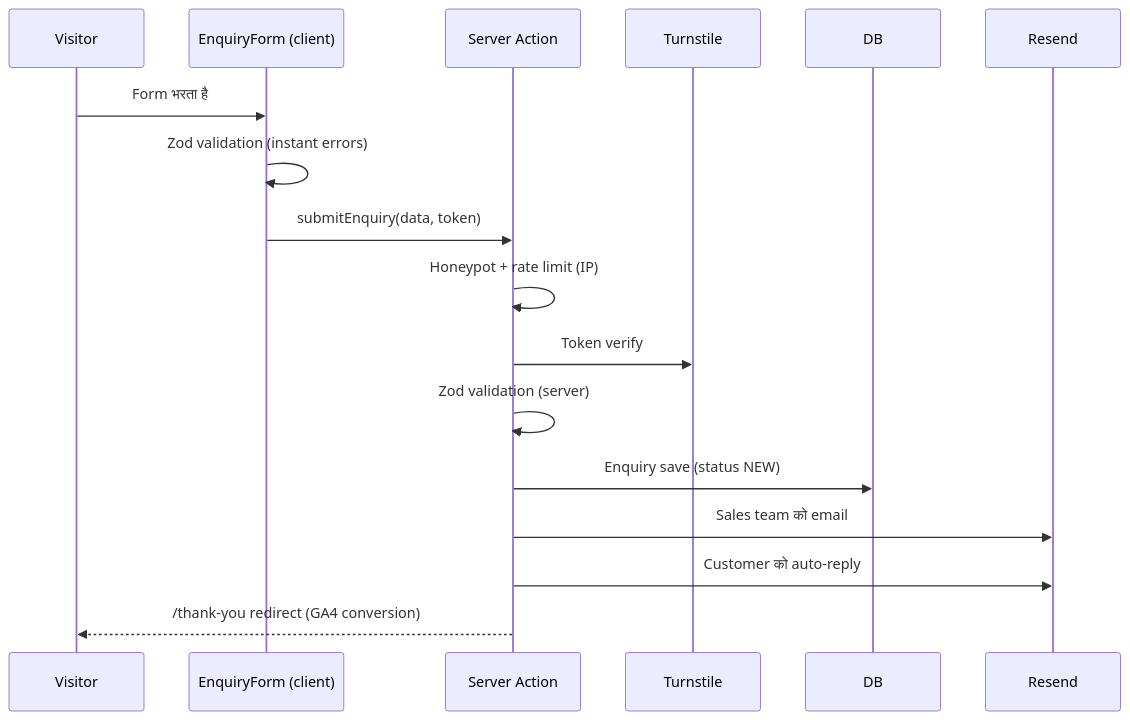
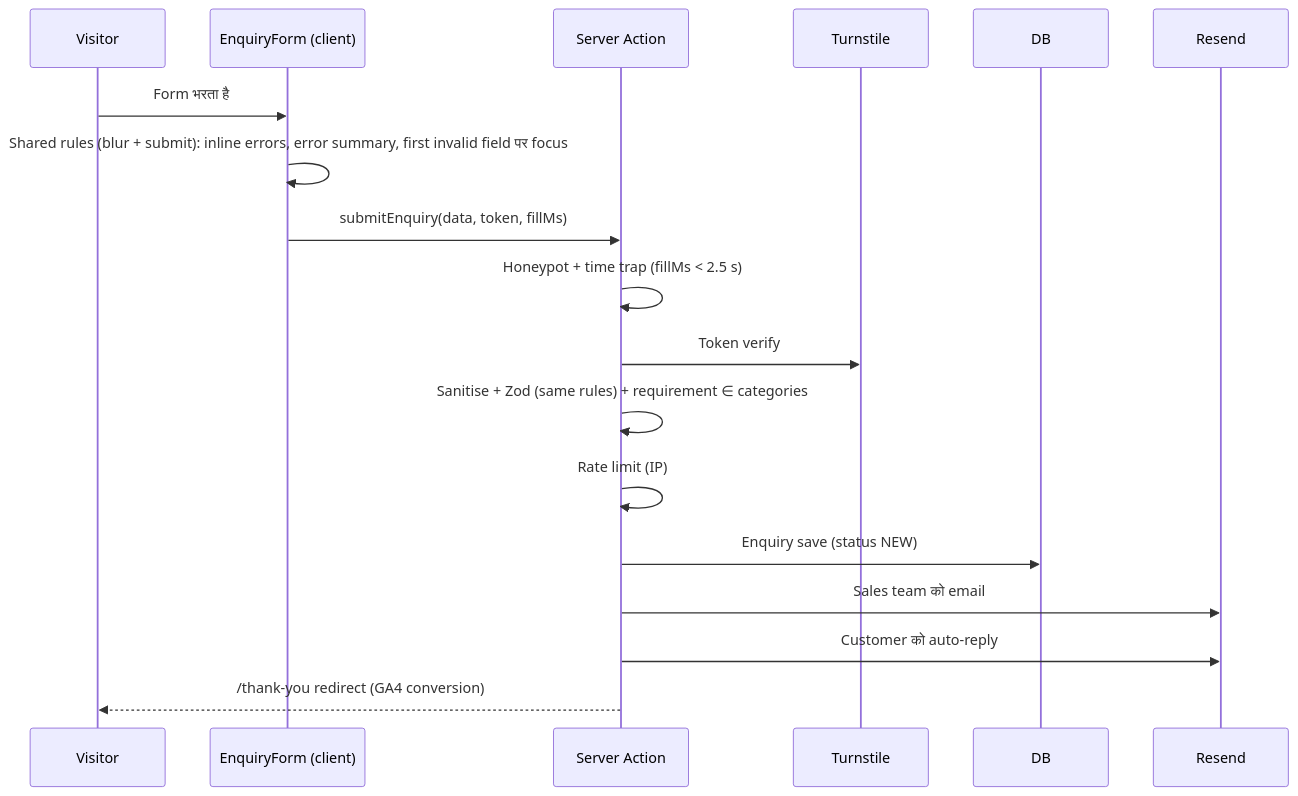
The second of 2 diagrams in docs/architecture.md (archana2807/insta-mark-web), drawn with Mermaid before and after one commit. The commit also changed other lines of this file and 37 other files, not shown here.

First line of the commit message:
Theme About-page UI, full home content brief, senior-level enquiry validation

````diff
--- a/docs/architecture.md
+++ b/docs/architecture.md
@@ -366,19 +366,20 @@
 ```mermaid
 sequenceDiagram
     participant U as Visitor
     participant F as EnquiryForm (client)
     participant S as Server Action
     participant T as Turnstile
     participant D as DB
     participant E as Resend
     U->>F: Form भरता है
-    F->>F: Zod validation (instant errors)
-    F->>S: submitEnquiry(data, token)
-    S->>S: Honeypot + rate limit (IP)
+    F->>F: Shared rules (blur + submit): inline errors, error summary, first invalid field पर focus
+    F->>S: submitEnquiry(data, token, fillMs)
+    S->>S: Honeypot + time trap (fillMs < 2.5 s)
     S->>T: Token verify
-    S->>S: Zod validation (server)
+    S->>S: Sanitise + Zod (same rules) + requirement ∈ categories
+    S->>S: Rate limit (IP)
     S->>D: Enquiry save (status NEW)
     S->>E: Sales team को email
     S->>E: Customer को auto-reply
     S-->>U: /thank-you redirect (GA4 conversion)
 ```
````
